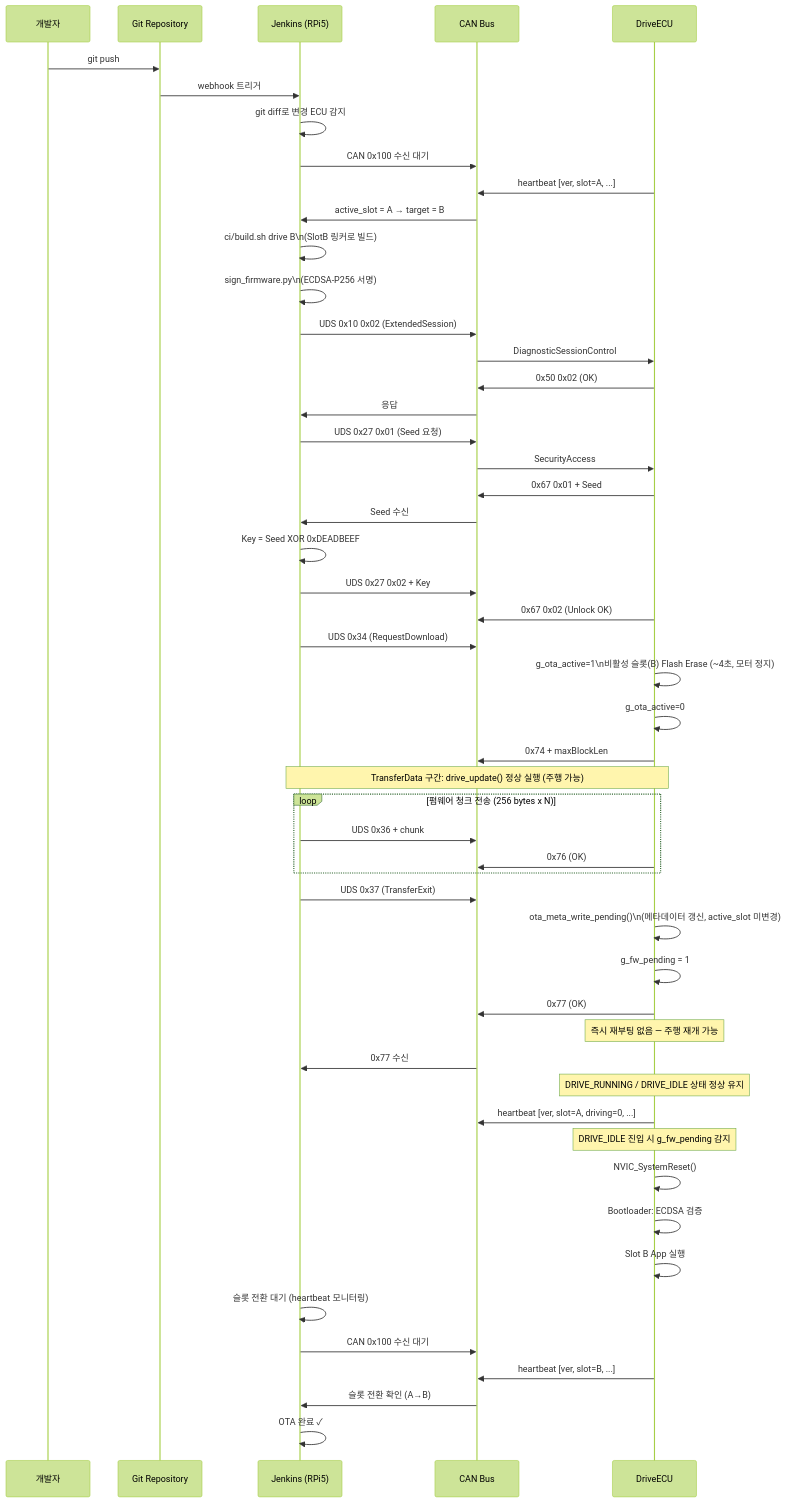
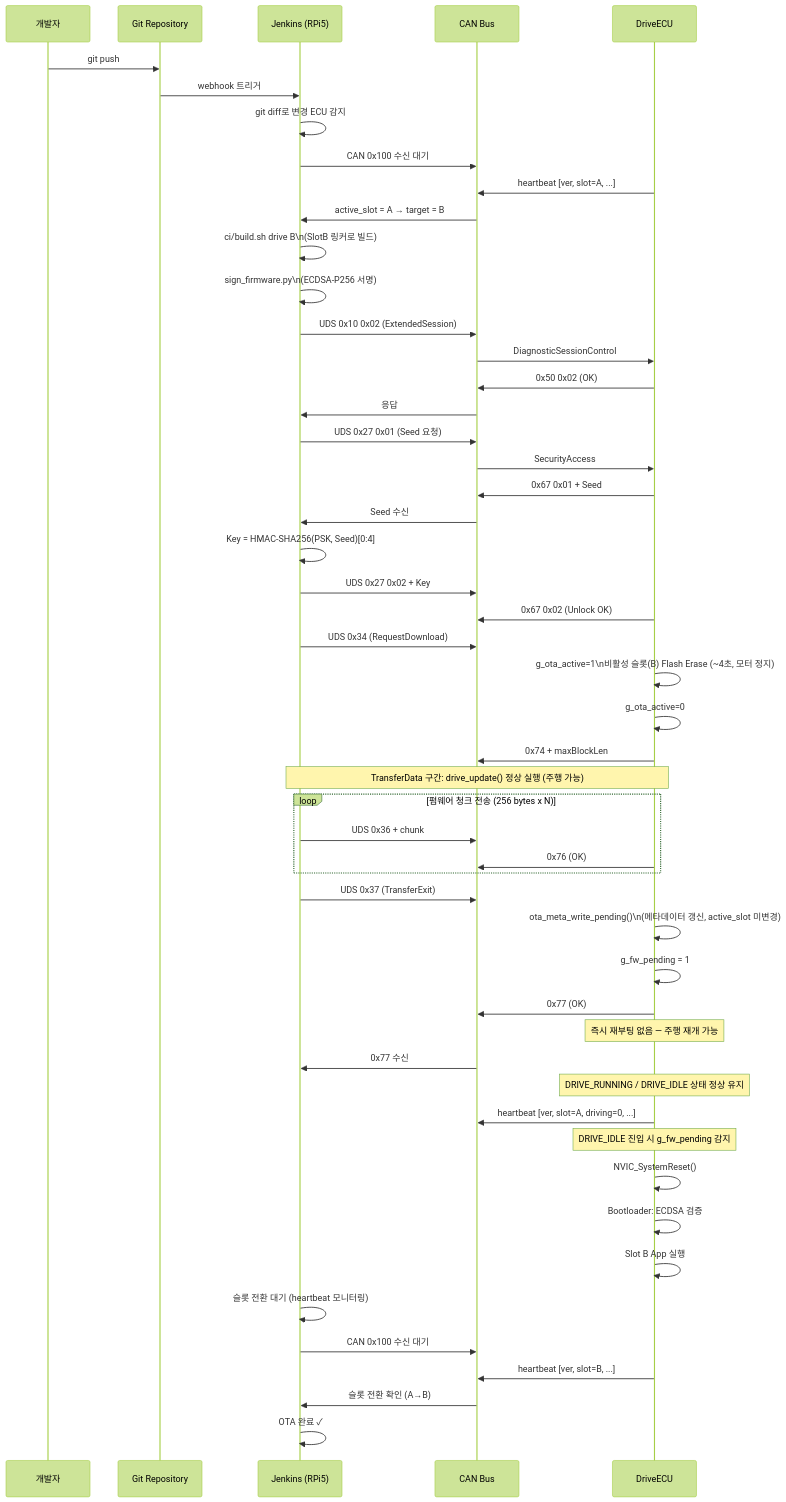
One commit to JaehyeongIm/automotive-secure-ota-ecu changed the fourth of 4 diagrams in docs/diagram.md. Above: the diagram before and after it, drawn with Mermaid (forest theme). The commit also changed 3 other files, not shown here.

````diff
--- a/docs/diagram.md
+++ b/docs/diagram.md
@@ -141,65 +141,65 @@
 ```mermaid
 sequenceDiagram
     participant DEV as 개발자
     participant GIT as Git Repository
     participant JEN as Jenkins (RPi5)
     participant CAN as CAN Bus
     participant ECU as DriveECU
 
     DEV->>GIT: git push
     GIT->>JEN: webhook 트리거
 
     JEN->>JEN: git diff로 변경 ECU 감지
 
     JEN->>CAN: CAN 0x100 수신 대기
     ECU->>CAN: heartbeat [ver, slot=A, ...]
     CAN->>JEN: active_slot = A → target = B
 
     JEN->>JEN: ci/build.sh drive B\n(SlotB 링커로 빌드)
     JEN->>JEN: sign_firmware.py\n(ECDSA-P256 서명)
 
     JEN->>CAN: UDS 0x10 0x02 (ExtendedSession)
     CAN->>ECU: DiagnosticSessionControl
     ECU->>CAN: 0x50 0x02 (OK)
     CAN->>JEN: 응답
 
     JEN->>CAN: UDS 0x27 0x01 (Seed 요청)
     CAN->>ECU: SecurityAccess
     ECU->>CAN: 0x67 0x01 + Seed
     CAN->>JEN: Seed 수신
-    JEN->>JEN: Key = Seed XOR 0xDEADBEEF
+    JEN->>JEN: Key = HMAC-SHA256(PSK, Seed)[0:4]
     JEN->>CAN: UDS 0x27 0x02 + Key
     ECU->>CAN: 0x67 0x02 (Unlock OK)
 
     JEN->>CAN: UDS 0x34 (RequestDownload)
     ECU->>ECU: g_ota_active=1\n비활성 슬롯(B) Flash Erase (~4초, 모터 정지)
     ECU->>ECU: g_ota_active=0
     ECU->>CAN: 0x74 + maxBlockLen
 
     Note over ECU,JEN: TransferData 구간: drive_update() 정상 실행 (주행 가능)
     loop 펌웨어 청크 전송 (256 bytes x N)
         JEN->>CAN: UDS 0x36 + chunk
         ECU->>CAN: 0x76 (OK)
     end
 
     JEN->>CAN: UDS 0x37 (TransferExit)
     ECU->>ECU: ota_meta_write_pending()\n(메타데이터 갱신, active_slot 미변경)
     ECU->>ECU: g_fw_pending = 1
     ECU->>CAN: 0x77 (OK)
     Note over ECU: 즉시 재부팅 없음 — 주행 재개 가능
     CAN->>JEN: 0x77 수신
 
     Note over ECU: DRIVE_RUNNING / DRIVE_IDLE 상태 정상 유지
     ECU->>CAN: heartbeat [ver, slot=A, driving=0, ...]
     Note over ECU: DRIVE_IDLE 진입 시 g_fw_pending 감지
     ECU->>ECU: NVIC_SystemReset()
 
     ECU->>ECU: Bootloader: ECDSA 검증
     ECU->>ECU: Slot B App 실행
 
     JEN->>JEN: 슬롯 전환 대기 (heartbeat 모니터링)
     JEN->>CAN: CAN 0x100 수신 대기
     ECU->>CAN: heartbeat [ver, slot=B, ...]
     CAN->>JEN: 슬롯 전환 확인 (A→B)
     JEN->>JEN: OTA 완료 ✓
 ```
````
